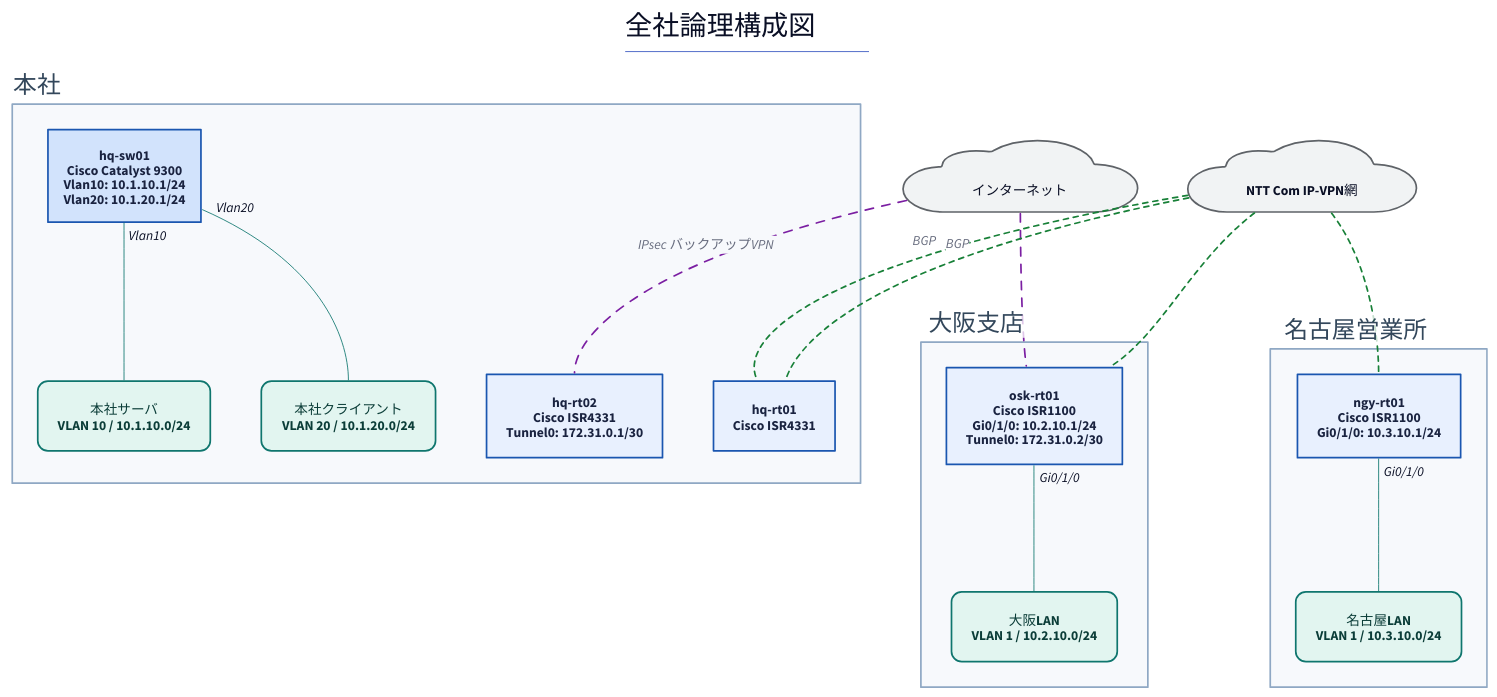
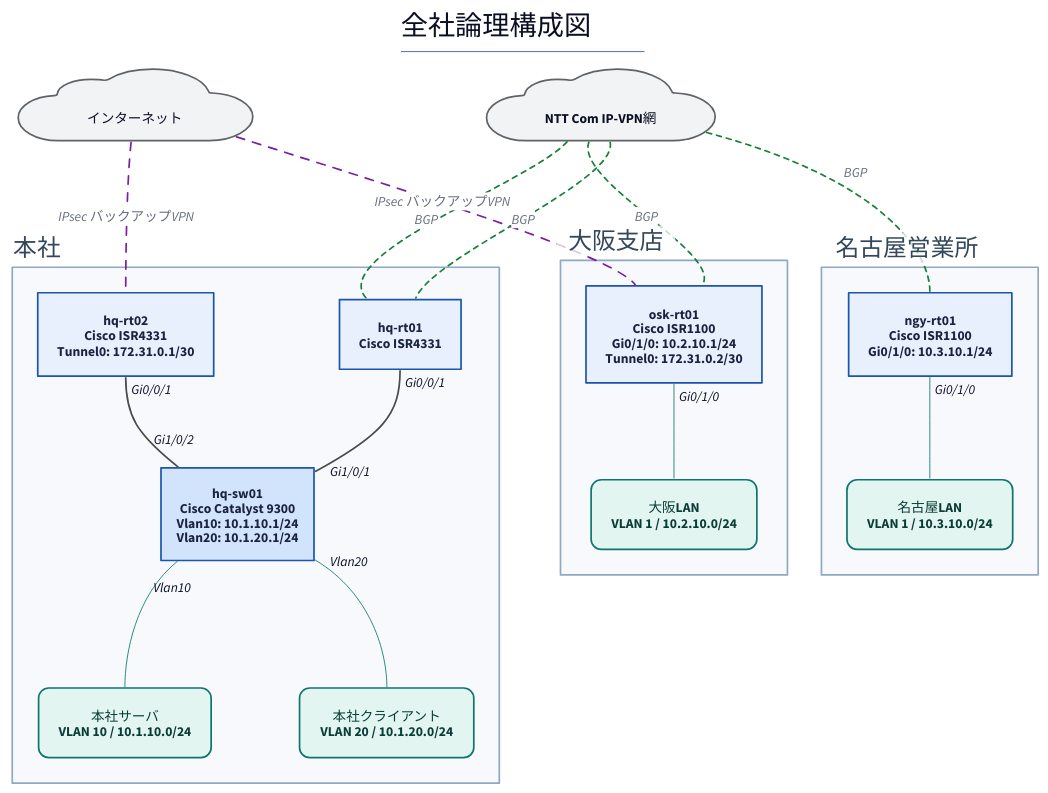
Before and after one commit to thinas1115/nwdsl: the diagram in examples/sample-corp/generated/logical-all.d2, drawn with D2. The commit also changed 53 other files, not shown here.

First line of the commit message:
論理図で本社だけ配置がズレる問題を修正 (via分割エッジのラベル非対称)

```diff
--- a/examples/sample-corp/generated/logical-all.d2
+++ b/examples/sample-corp/generated/logical-all.d2
@@ -1,61 +1,63 @@
 title: |md
   # 全社論理構成図
 | {near: top-center}
 direction: down
 
 classes: {
   role-router: {style.fill: "#e8f0fe"; style.stroke: "#1a56b0"; style.font-color: "#1a2340"}
   role-l3switch: {style.fill: "#d2e3fc"; style.stroke: "#1a56b0"; style.font-color: "#1a2340"}
   role-l2switch: {style.fill: "#e6f4ea"; style.stroke: "#137333"; style.font-color: "#1a2e1f"}
   role-firewall: {style.fill: "#fce8e6"; style.stroke: "#c5221f"; style.font-color: "#3c1a19"}
   role-other: {style.fill: "#f1f3f4"; style.stroke: "#5f6368"; style.font-color: "#202124"}
   node-cloud: {shape: cloud; style.fill: "#f1f3f4"; style.stroke: "#5f6368"}
   node-site: {style.fill: "#fff8e1"; style.stroke: "#b58105"; style.font-color: "#4a3a08"}
   node-segment: {style.fill: "#e2f5f0"; style.stroke: "#0f766e"; style.font-color: "#0b3d38"; style.border-radius: 12}
   node-external: {style.fill: "#ffffff"; style.stroke: "#9aa0a6"; style.stroke-dash: 3}
   group-site: {style.fill: "#f7f9fc"; style.stroke: "#8fa8c4"; style.font-color: "#33475b"}
   edge-label: {style.fill: "transparent"; style.stroke: "transparent"; style.font-size: 14; style.font-color: "#5f6368"; style.italic: true}
   edge-lan-cable: {style.stroke: "#4a4a4a"; style.stroke-width: 2}
   edge-wan-circuit: {style.stroke: "#1a73e8"; style.stroke-width: 4}
   edge-tunnel: {style.stroke: "#7b1fa2"; style.stroke-width: 2; style.stroke-dash: 5}
   edge-logical: {style.stroke: "#188038"; style.stroke-width: 2; style.stroke-dash: 3}
   edge-segment: {style.stroke: "#0f766e"; style.stroke-width: 1}
 }
 
 s_hq: "本社" {
   class: group-site
   label.near: outside-top-left
   n_hq_rt02: "hq-rt02\nCisco ISR4331\nTunnel0: 172.31.0.1/30" {class: role-router}
   n_hq_rt01: "hq-rt01\nCisco ISR4331" {class: role-router}
   n_hq_sw01: "hq-sw01\nCisco Catalyst 9300\nVlan10: 10.1.10.1/24\nVlan20: 10.1.20.1/24" {class: role-l3switch; width: 180}
   n_seg__hq_server: "本社サーバ\nVLAN 10 / 10.1.10.0/24" {class: node-segment}
   n_seg__hq_client: "本社クライアント\nVLAN 20 / 10.1.20.0/24" {class: node-segment}
 }
 
 s_osk: "大阪支店" {
   class: group-site
   label.near: outside-top-left
   n_osk_rt01: "osk-rt01\nCisco ISR1100\nGi0/1/0: 10.2.10.1/24\nTunnel0: 172.31.0.2/30" {class: role-router}
   n_seg__osk_lan: "大阪LAN\nVLAN 1 / 10.2.10.0/24" {class: node-segment}
 }
 
 s_ngy: "名古屋営業所" {
   class: group-site
   label.near: outside-top-left
   n_ngy_rt01: "ngy-rt01\nCisco ISR1100\nGi0/1/0: 10.3.10.1/24" {class: role-router}
   n_seg__ngy_lan: "名古屋LAN\nVLAN 1 / 10.3.10.0/24" {class: node-segment}
 }
 
 n_internet: "　インターネット　" {class: node-cloud}
 n_ipvpn: "　NTT Com IP-VPN網　" {class: node-cloud}
 
 n_internet -- s_hq.n_hq_rt02: "IPsec バックアップVPN" {class: edge-tunnel}
-n_internet -- s_osk.n_osk_rt01 {class: edge-tunnel}
+n_internet -- s_osk.n_osk_rt01: "IPsec バックアップVPN" {class: edge-tunnel}
 n_ipvpn -- s_hq.n_hq_rt01: "BGP" {class: edge-logical}
-n_ipvpn -- s_osk.n_osk_rt01 {class: edge-logical}
+n_ipvpn -- s_osk.n_osk_rt01: "BGP" {class: edge-logical}
 n_ipvpn -- s_hq.n_hq_rt01: "BGP" {class: edge-logical}
-n_ipvpn -- s_ngy.n_ngy_rt01 {class: edge-logical}
+n_ipvpn -- s_ngy.n_ngy_rt01: "BGP" {class: edge-logical}
+s_hq.n_hq_rt01 -- s_hq.n_hq_sw01 {class: edge-lan-cable; source-arrowhead.label: "Gi0/0/1"; target-arrowhead.label: "Gi1/0/1"}
+s_hq.n_hq_rt02 -- s_hq.n_hq_sw01 {class: edge-lan-cable; source-arrowhead.label: "Gi0/0/1"; target-arrowhead.label: "Gi1/0/2"}
 s_hq.n_hq_sw01 -- s_hq.n_seg__hq_server {class: edge-segment; source-arrowhead.label: "Vlan10"}
 s_hq.n_hq_sw01 -- s_hq.n_seg__hq_client {class: edge-segment; source-arrowhead.label: "Vlan20"}
 s_osk.n_osk_rt01 -- s_osk.n_seg__osk_lan {class: edge-segment; source-arrowhead.label: "Gi0/1/0"}
 s_ngy.n_ngy_rt01 -- s_ngy.n_seg__ngy_lan {class: edge-segment; source-arrowhead.label: "Gi0/1/0"}
```
